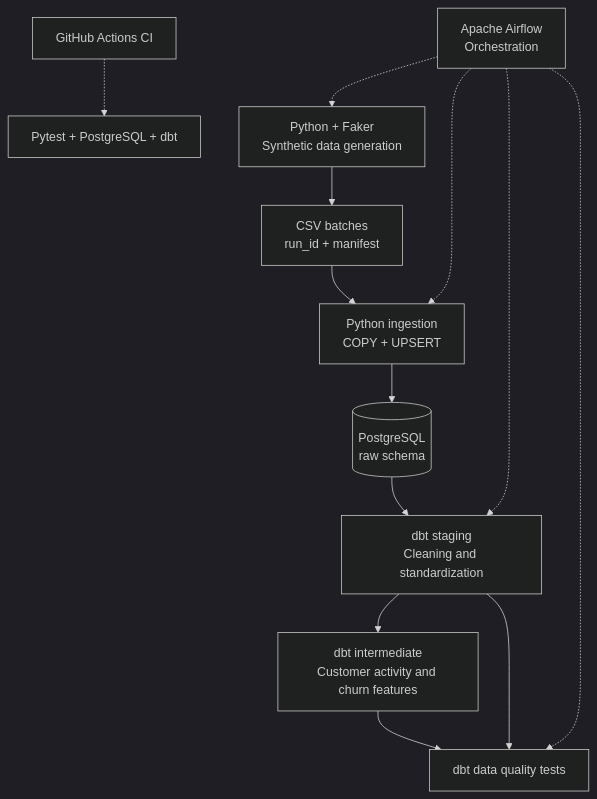
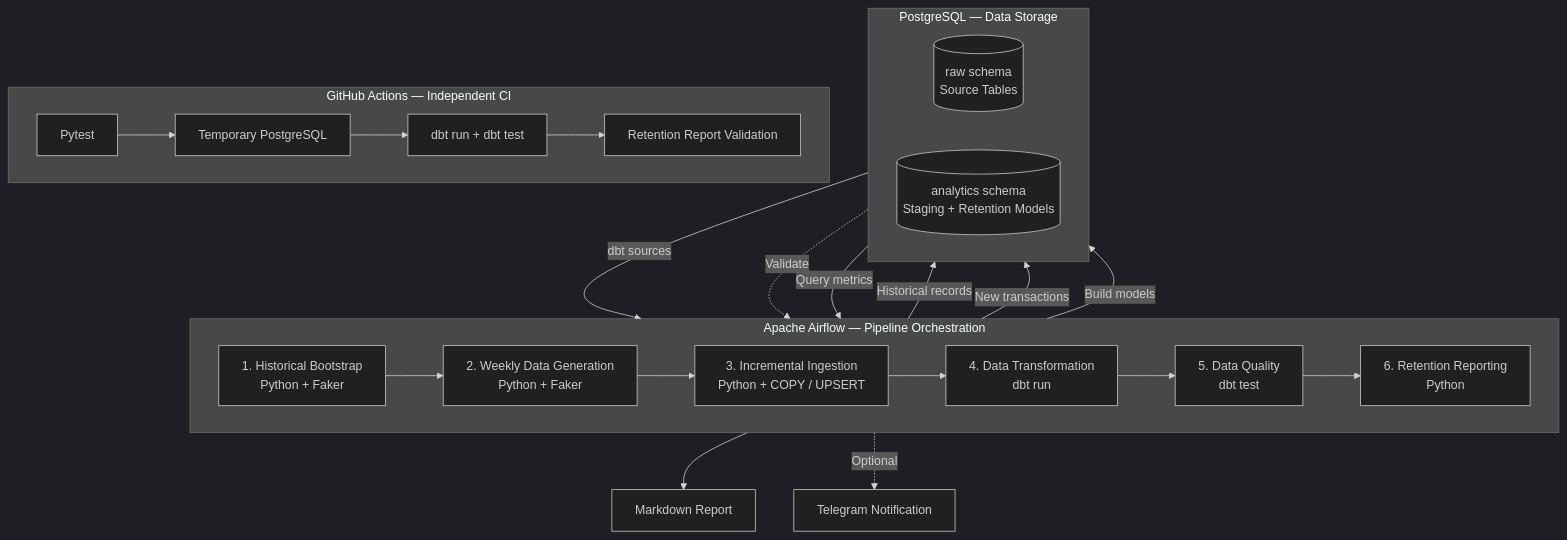
The diagram in README.md (ayrtonbezerra/E-commerce-ETL), drawn with Mermaid (dark theme) before and after one commit. The commit also changed other lines of this file, not shown here.

````diff
--- a/README.md
+++ b/README.md
@@ -22,21 +40,37 @@
 ```mermaid
-flowchart TD
-    A["Python + Faker<br/>Synthetic data generation"]
-    B["CSV batches<br/>run_id + manifest"]
-    C["Python ingestion<br/>COPY + UPSERT"]
-    D[("PostgreSQL<br/>raw schema")]
-    E["dbt staging<br/>Cleaning and standardization"]
-    F["dbt intermediate<br/>Customer activity and churn features"]
-    G["dbt data quality tests"]
+flowchart TB
+    subgraph AIRFLOW["Apache Airflow — Pipeline Orchestration"]
+        direction LR
+        A["1. Historical Bootstrap<br/>Python + Faker"]
+        B["2. Weekly Data Generation<br/>Python + Faker"]
+        C["3. Incremental Ingestion<br/>Python + COPY / UPSERT"]
+        D["4. Data Transformation<br/>dbt run"]
+        E["5. Data Quality<br/>dbt test"]
+        F["6. Retention Reporting<br/>Python"]
 
-    A --> B --> C --> D --> E --> F
-    E --> G
-    F --> G
+        A --> B --> C --> D --> E --> F
+    end
 
-    H["Apache Airflow<br/>Orchestration"] -.-> A
-    H -.-> C
-    H -.-> E
-    H -.-> G
+    subgraph STORAGE["PostgreSQL — Data Storage"]
+        direction LR
+        RAW[("raw schema<br/>Source Tables")]
+        ANALYTICS[("analytics schema<br/>Staging + Retention Models")]
+    end
 
-    I["GitHub Actions CI"] -.-> J["Pytest + PostgreSQL + dbt"]
+    A -->|"Historical records"| RAW
+    C -->|"New transactions"| RAW
+    RAW -->|"dbt sources"| D
+    D -->|"Build models"| ANALYTICS
+    ANALYTICS -.->|"Validate"| E
+    ANALYTICS -->|"Query metrics"| F
+
+    F --> MD["Markdown Report"]
+    F -.->|"Optional"| TG["Telegram Notification"]
+
+    subgraph CI["GitHub Actions — Independent CI"]
+        direction LR
+        PY["Pytest"] --> PG["Temporary PostgreSQL"]
+        PG --> DBT["dbt run + dbt test"]
+        DBT --> CR["Retention Report Validation"]
+    end
 ```
````
